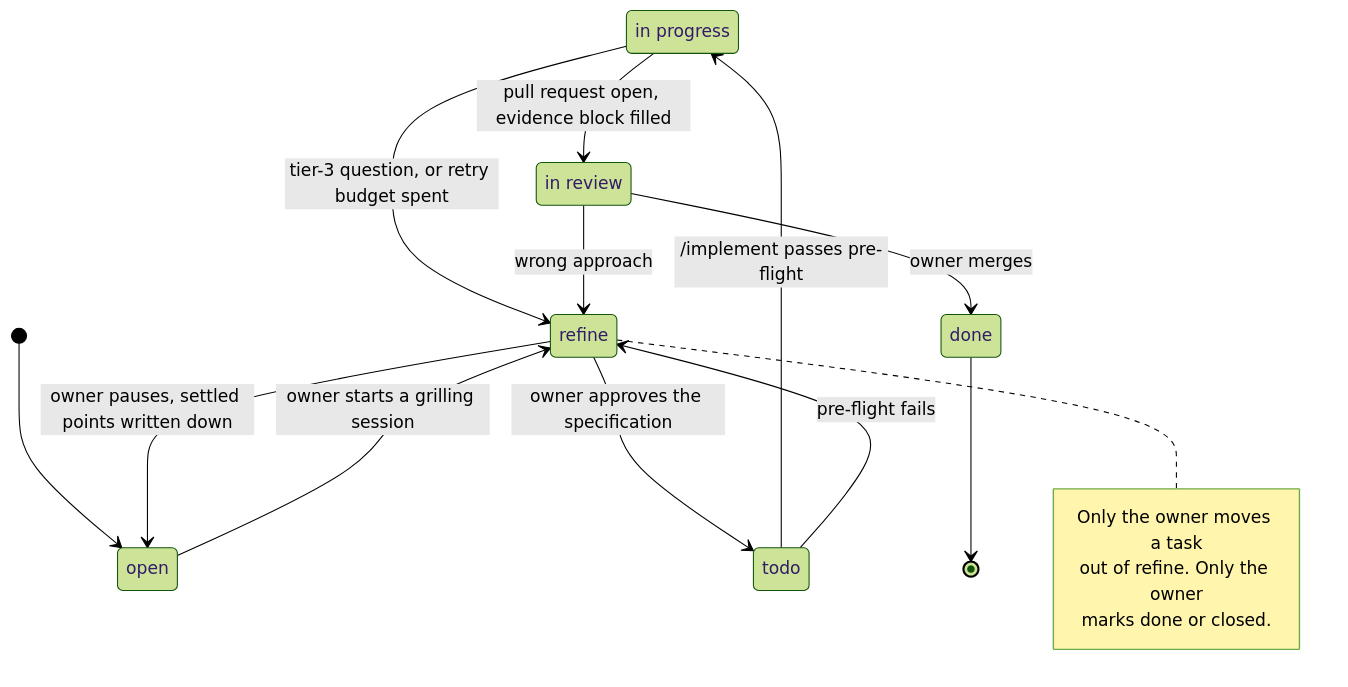
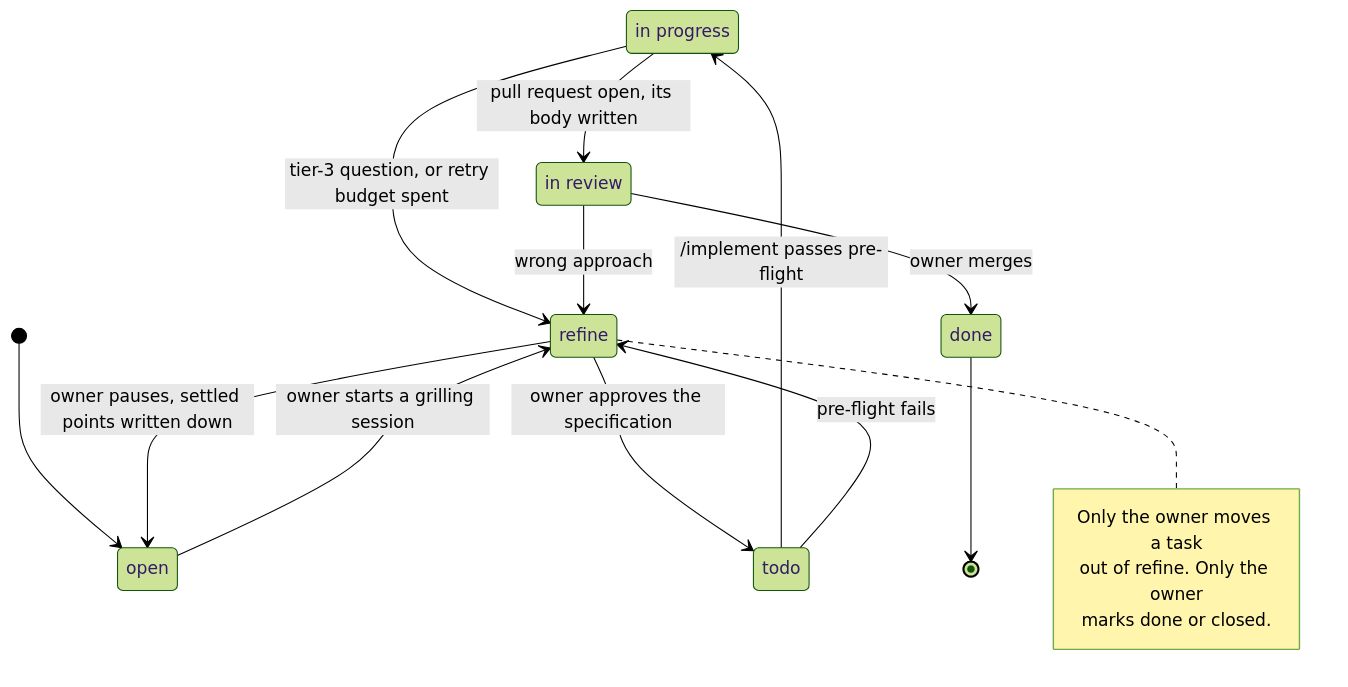
The second of 2 diagrams in README.md (panovek/quarterdeck), drawn with Mermaid (forest theme) before and after one commit. The commit also changed other lines of this file and 9 other files, not shown here.

````diff
--- a/README.md
+++ b/README.md
@@ -72,22 +72,22 @@
 ```mermaid
 stateDiagram-v2
     state "in progress" as in_progress
     state "in review" as in_review
 
     [*] --> open
     open --> refine : owner starts a grilling session
     refine --> open : owner pauses, settled points written down
     refine --> todo : owner approves the specification
     todo --> in_progress : /implement passes pre-flight
     todo --> refine : pre-flight fails
-    in_progress --> in_review : pull request open, evidence block filled
+    in_progress --> in_review : pull request open, its body written
     in_progress --> refine : tier-3 question, or retry budget spent
     in_review --> done : owner merges
     in_review --> refine : wrong approach
     done --> [*]
     note right of refine
         Only the owner moves a task
         out of refine. Only the owner
         marks done or closed.
     end note
 ```
````
